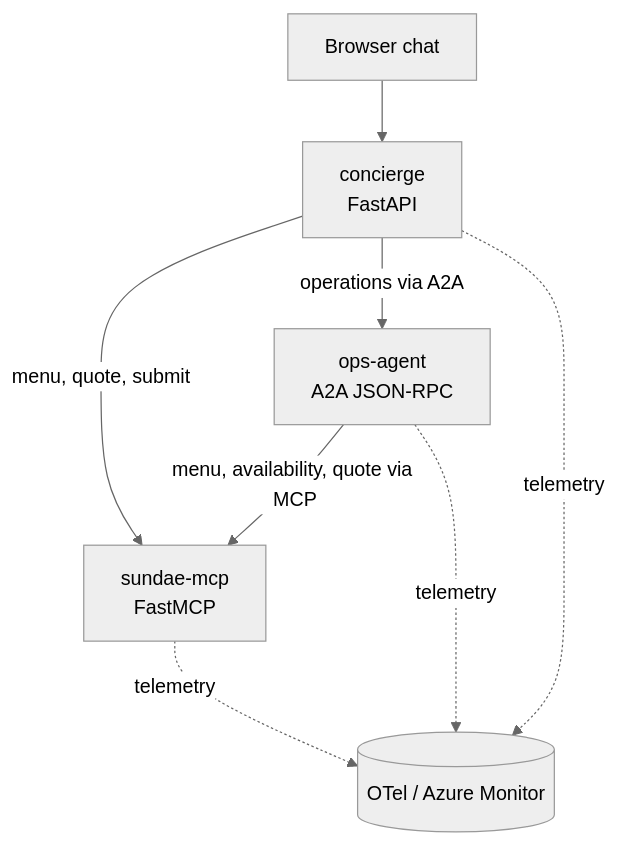
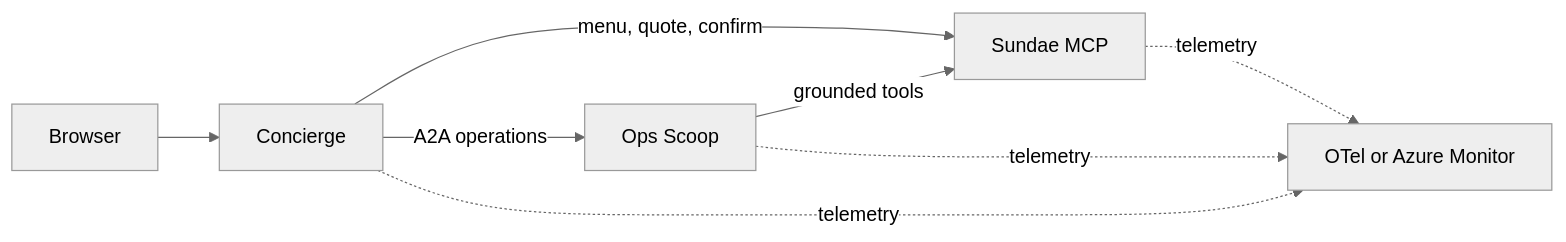
The diagram in README.md (pauldotyu/sundae-funday), drawn with Mermaid (neutral theme) before and after one commit. The commit also changed other lines of this file and 53 other files, not shown here.

````diff
--- a/README.md
+++ b/README.md
@@ -19,10 +9,10 @@
 ```mermaid
-flowchart TD
-    Browser[Browser chat] --> Concierge[concierge<br/>FastAPI]
-    Concierge -->|menu, quote, submit| SundaeMCP[sundae-mcp<br/>FastMCP]
-    Concierge -->|operations via A2A| OpsAgent[ops-agent<br/>A2A JSON-RPC]
-    OpsAgent -->|menu, availability, quote via MCP| SundaeMCP
-    Concierge -. telemetry .-> Observe[(OTel / Azure Monitor)]
-    OpsAgent -. telemetry .-> Observe
-    SundaeMCP -. telemetry .-> Observe
+flowchart LR
+    Browser --> Concierge
+    Concierge -->|menu, quote, confirm| MCP[Sundae MCP]
+    Concierge -->|A2A operations| Ops[Ops Scoop]
+    Ops -->|grounded tools| MCP
+    Concierge -. telemetry .-> Observe[OTel or Azure Monitor]
+    Ops -. telemetry .-> Observe
+    MCP -. telemetry .-> Observe
 ```
````
